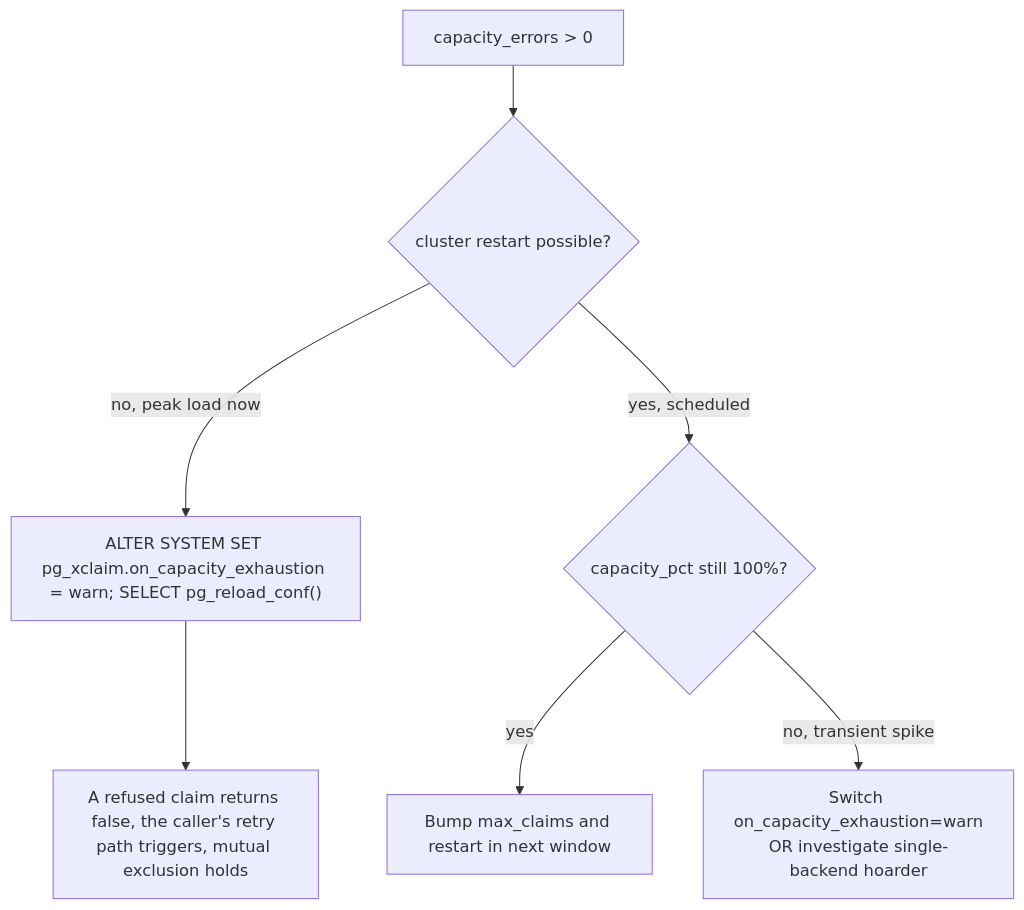
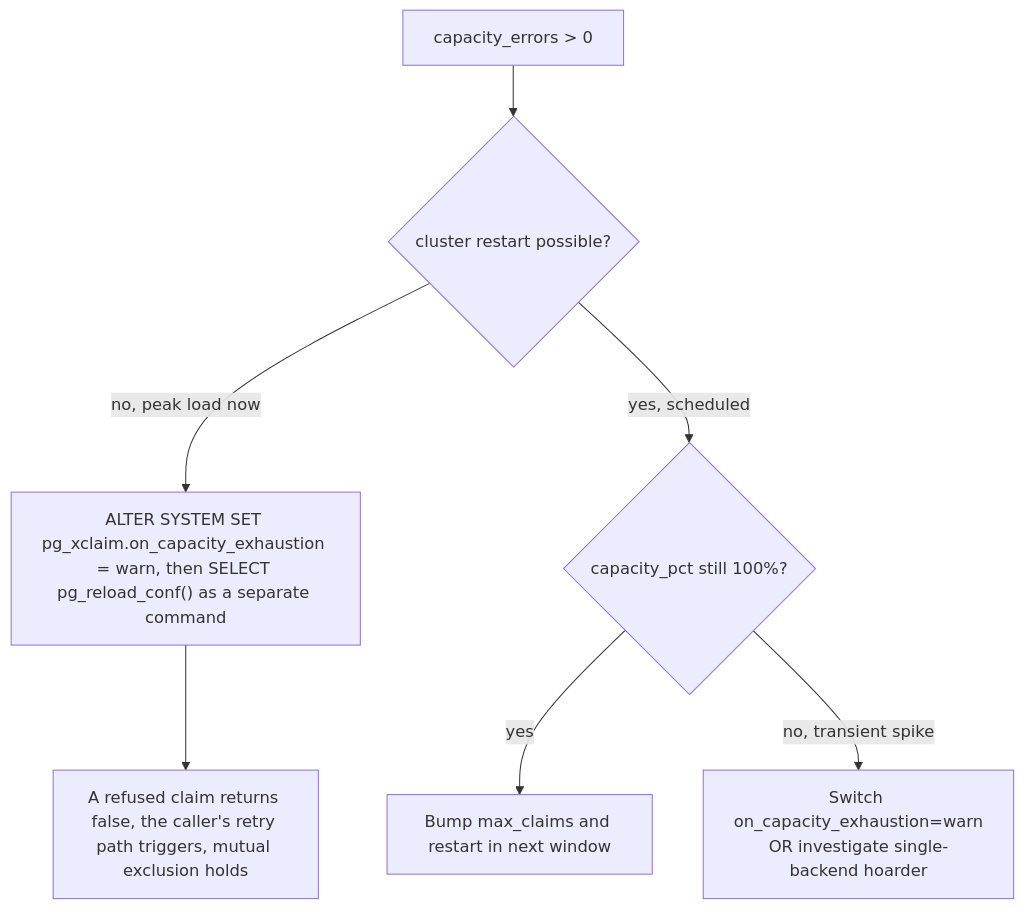
One commit to Fenoman/pg_xclaim changed the second of 2 diagrams in docs/incident-decision-tree_en.md. Above: the diagram before and after it, drawn with Mermaid. The commit also changed other lines of this file and 70 other files, not shown here.

````diff
--- a/docs/incident-decision-tree_en.md
+++ b/docs/incident-decision-tree_en.md
@@ -166,9 +166,9 @@
 ```mermaid
 flowchart TD
     A[capacity_errors > 0] --> B{cluster restart possible?}
-    B -- "no, peak load now" --> C["ALTER SYSTEM SET pg_xclaim.on_capacity_exhaustion = warn; SELECT pg_reload_conf()"]
+    B -- "no, peak load now" --> C["ALTER SYSTEM SET pg_xclaim.on_capacity_exhaustion = warn, then SELECT pg_reload_conf() as a separate command"]
     C --> C1[A refused claim returns false, the caller's retry path triggers, mutual exclusion holds]
     B -- "yes, scheduled" --> D{capacity_pct still 100%?}
     D -- "yes" --> E[Bump max_claims and restart in next window]
     D -- "no, transient spike" --> F[Switch on_capacity_exhaustion=warn<br/>OR investigate single-backend hoarder]
 ```
````
